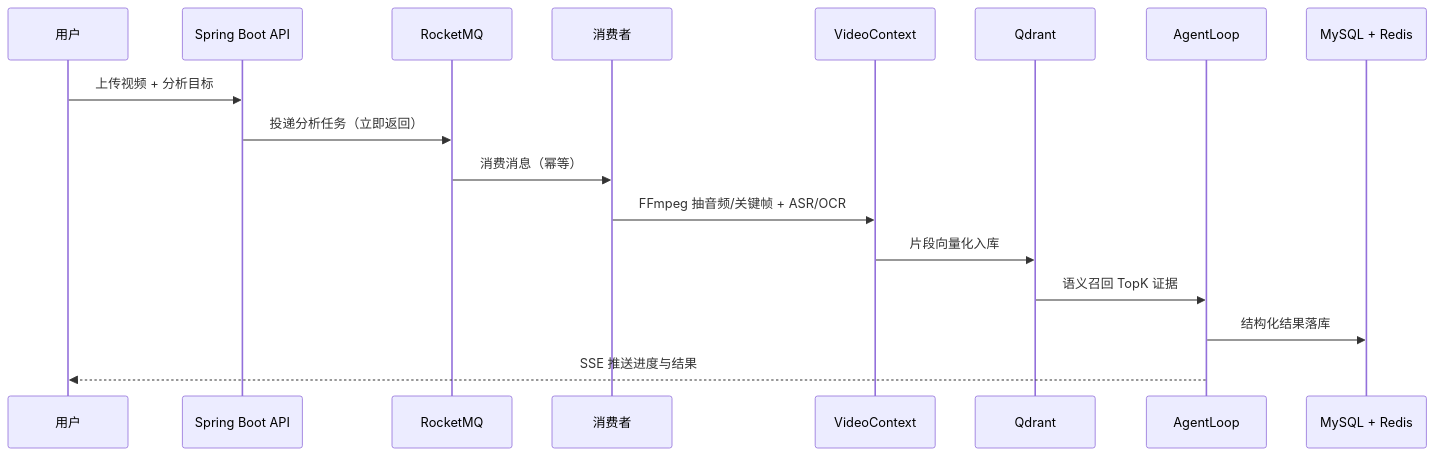
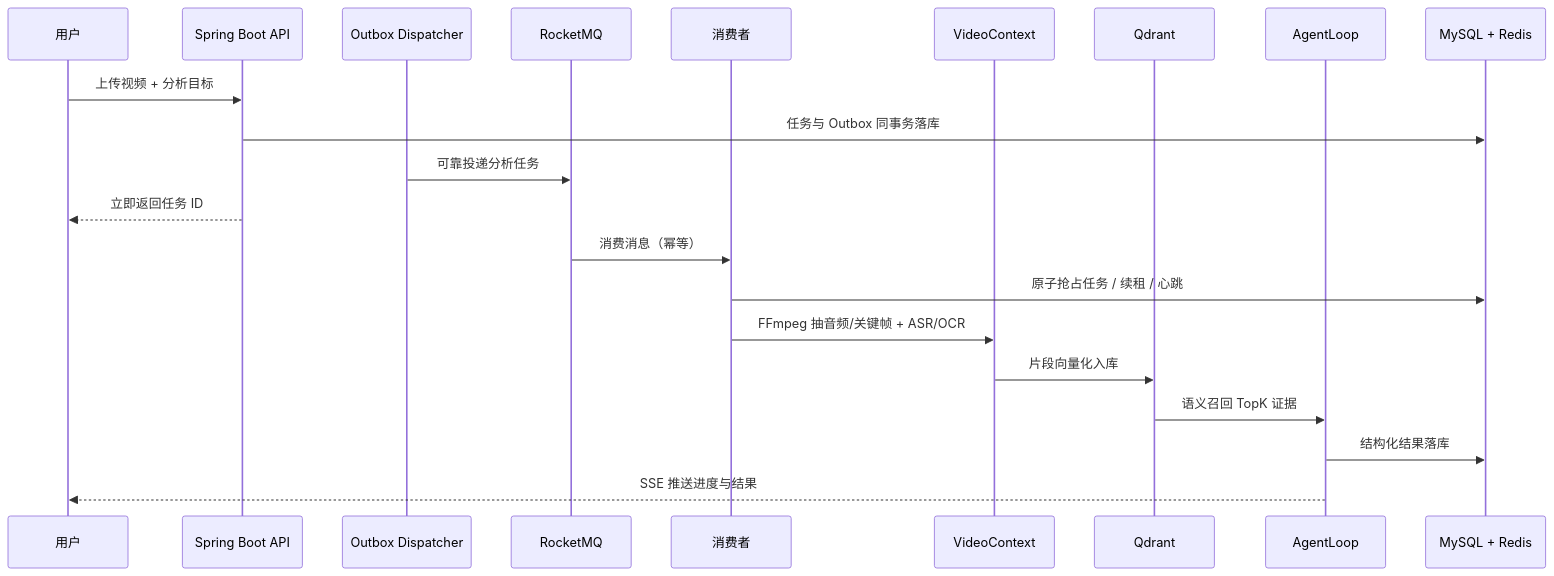
The diagram in README.md (ipoo-1/IpoVideo), drawn with Mermaid before and after one commit. The commit also changed other lines of this file and 3 other files, not shown here.

````diff
--- a/README.md
+++ b/README.md
@@ -17,20 +22,24 @@
 ```mermaid
 sequenceDiagram
     participant User as 用户
     participant API as Spring Boot API
+    participant Outbox as Outbox Dispatcher
     participant MQ as RocketMQ
     participant Worker as 消费者
     participant Context as VideoContext
     participant Vector as Qdrant
     participant Agent as AgentLoop
     participant DB as MySQL + Redis
 
     User->>API: 上传视频 + 分析目标
-    API->>MQ: 投递分析任务（立即返回）
+    API->>DB: 任务与 Outbox 同事务落库
+    Outbox->>MQ: 可靠投递分析任务
+    API-->>User: 立即返回任务 ID
     MQ->>Worker: 消费消息（幂等）
+    Worker->>DB: 原子抢占任务 / 续租 / 心跳
     Worker->>Context: FFmpeg 抽音频/关键帧 + ASR/OCR
     Context->>Vector: 片段向量化入库
     Vector->>Agent: 语义召回 TopK 证据
     Agent->>DB: 结构化结果落库
     Agent-->>User: SSE 推送进度与结果
 ```
````
